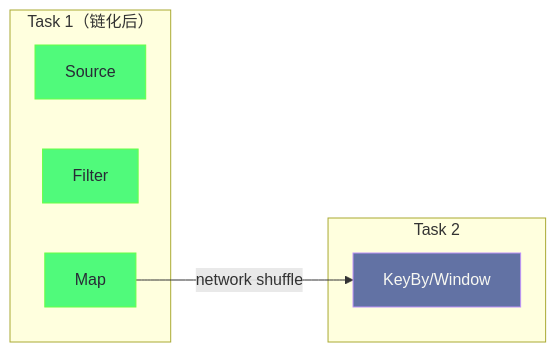
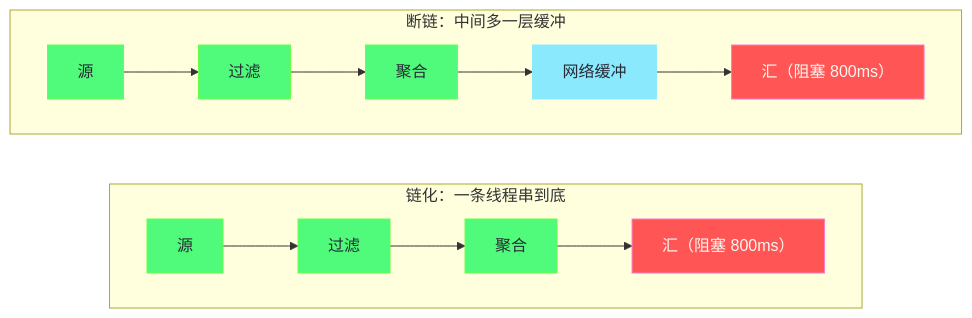
One commit to hpliStartAgain/my-brain changed the second of 5 diagrams in content/大数据/Flink/Flink原理深度解析与性能优化/09 Flink 性能调优体系.md. Above: the diagram before and after it, drawn with Mermaid. The commit also changed other lines of this file and 455 other files, not shown here.

````diff
--- a/content/大数据/Flink/Flink原理深度解析与性能优化/09 Flink 性能调优体系.md
+++ b/content/大数据/Flink/Flink原理深度解析与性能优化/09 Flink 性能调优体系.md
@@ -410,18 +181,17 @@
 ```mermaid
 %%{init: {'theme': 'dracula'}}%%
 graph LR
     classDef chain fill:#50fa7b,stroke:#69ff47,color:#282a36
-    classDef sep fill:#6272a4,stroke:#bd93f9,color:#f8f8f2
+    classDef slow fill:#ff5555,stroke:#ff79c6,color:#f8f8f2
+    classDef buf fill:#8be9fd,stroke:#8be9fd,color:#282a36
 
-    subgraph "Task 1（链化后）"
-    S["Source"]:::chain
-    F["Filter"]:::chain
-    M["Map"]:::chain
+    subgraph L["链化：一条线程串到底"]
+        direction LR
+        S1["源"]:::chain --> F1["过滤"]:::chain --> A1["聚合"]:::chain --> K1["汇（阻塞 800ms）"]:::slow
     end
 
-    subgraph "Task 2"
-    KB["KeyBy/Window"]:::sep
+    subgraph R["断链：中间多一层缓冲"]
+        direction LR
+        S2["源"]:::chain --> F2["过滤"]:::chain --> A2["聚合"]:::chain --> B2["网络缓冲"]:::buf --> K2["汇（阻塞 800ms）"]:::slow
     end
-
-    M -->|"network shuffle"| KB
 ```
````
